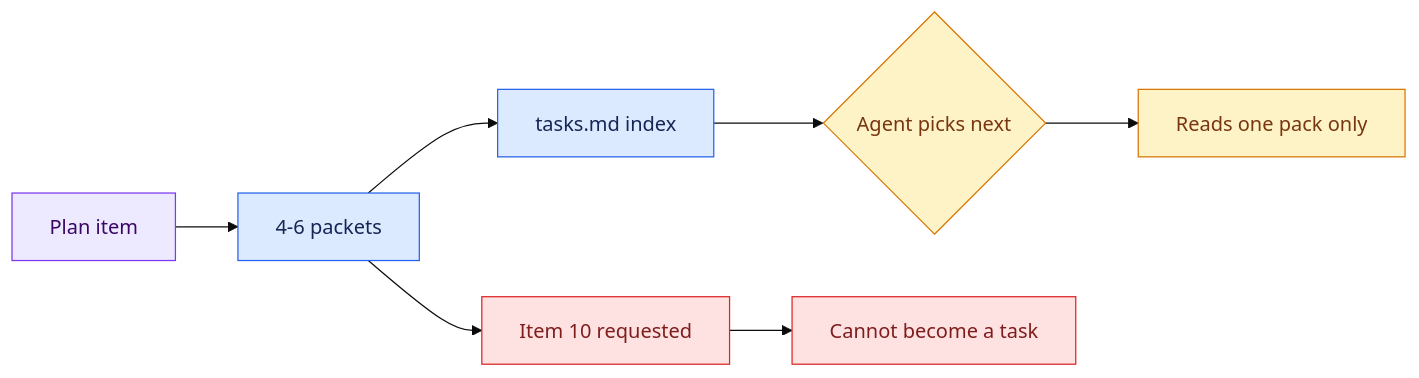
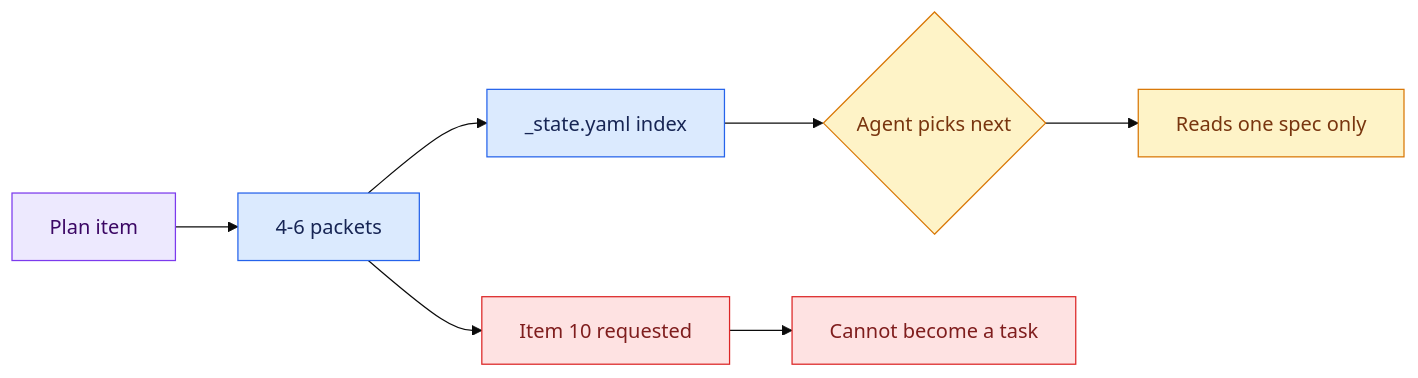
The diagram in live/d3/04-decompose.md (emersonnaka/uc-transact-co), drawn with Mermaid (base theme) before and after one commit. The commit also changed other lines of this file and 42 other files, not shown here.

````diff
--- a/live/d3/04-decompose.md
+++ b/live/d3/04-decompose.md
@@ -17,18 +17,18 @@
 ```mermaid
 flowchart LR
     A[Plan item] --> B[4-6 packets]
-    B --> C[tasks.md index]
+    B --> C[_state.yaml index]
     C --> D{Agent picks next}
-    D --> E[Reads one pack only]
+    D --> E[Reads one spec only]
     B --> F[Item 10 requested]
     F --> G[Cannot become a task]
 
     classDef plan fill:#EDE9FE,stroke:#7C3AED,color:#3B0764
     classDef spec fill:#DBEAFE,stroke:#2563EB,color:#172554
     classDef gate fill:#FEF3C7,stroke:#D97706,color:#78350F
     classDef stop fill:#FEE2E2,stroke:#DC2626,color:#7F1D1D
     class A plan
     class B,C spec
     class D,E gate
     class F,G stop
 ```
````
